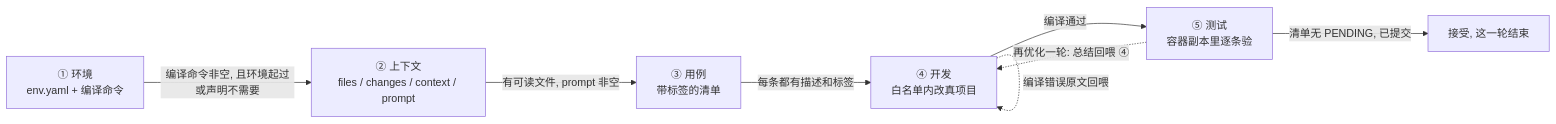
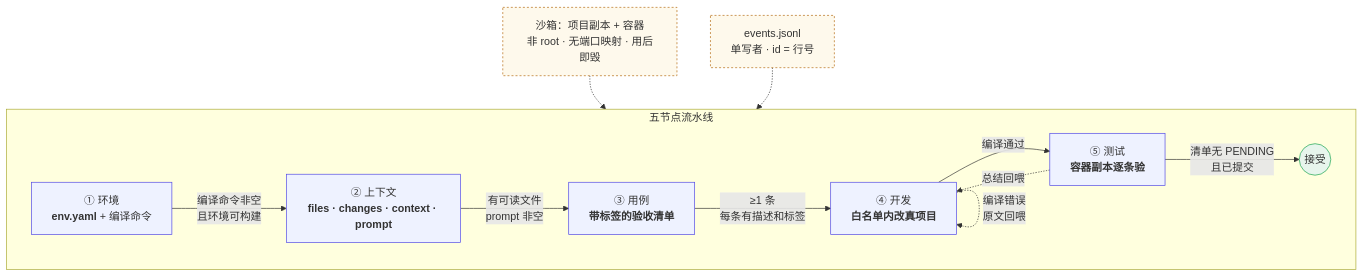
Before and after one commit to usergod121/specflow-ai: the first of 2 diagrams in README.md, drawn with Mermaid. The commit also changed other lines of this file, not shown here.

First line of the commit message:
docs: README 规范化，架构图改成带样式的 mermaid

````diff
--- a/README.md
+++ b/README.md
@@ -39,10 +39,22 @@
 ```mermaid
-flowchart LR
-    env["① 环境<br/>env.yaml + 编译命令"] -->|编译命令非空, 且环境起过或声明不需要| probe["② 上下文<br/>files / changes / context / prompt"]
-    probe -->|有可读文件, prompt 非空| cases["③ 用例<br/>带标签的清单"]
-    cases -->|每条都有描述和标签| dev["④ 开发<br/>白名单内改真项目"]
-    dev -->|编译通过| test["⑤ 测试<br/>容器副本里逐条验"]
-    test -->|清单无 PENDING, 已提交| accept["接受, 这一轮结束"]
-    dev -.->|编译错误原文回喂| dev
-    test -.->|再优化一轮: 总结回喂 ④| dev
+flowchart TB
+    subgraph P["五节点流水线"]
+        direction LR
+        E["① 环境<br/><b>env.yaml</b> + 编译命令"] -->|"编译命令非空<br/>且环境可构建"| C["② 上下文<br/><b>files · changes · context · prompt</b>"]
+        C -->|"有可读文件<br/>prompt 非空"| U["③ 用例<br/><b>带标签的验收清单</b>"]
+        U -->|"≥1 条<br/>每条有描述和标签"| D["④ 开发<br/><b>白名单内改真项目</b>"]
+        D -->|"编译通过"| T["⑤ 测试<br/><b>容器副本逐条验</b>"]
+        T -->|"清单无 PENDING<br/>且已提交"| A(("接受"))
+    end
+    D -.->|"编译错误<br/>原文回喂"| D
+    T -.->|"总结回喂"| D
+    S["沙箱：项目副本 + 容器<br/>非 root · 无端口映射 · 用后即毁"] -.-> T
+    L["events.jsonl<br/>单写者 · id = 行号"] -.-> P
+
+    classDef node fill:#eef2ff,stroke:#4f46e5,stroke-width:1px;
+    classDef fin fill:#e7f5ec,stroke:#16a34a,stroke-width:1px;
+    classDef aux fill:#fef9ec,stroke:#b4690e,stroke-dasharray:3 3;
+    class E,C,U,D,T node
+    class A fin
+    class S,L aux
 ```
````
